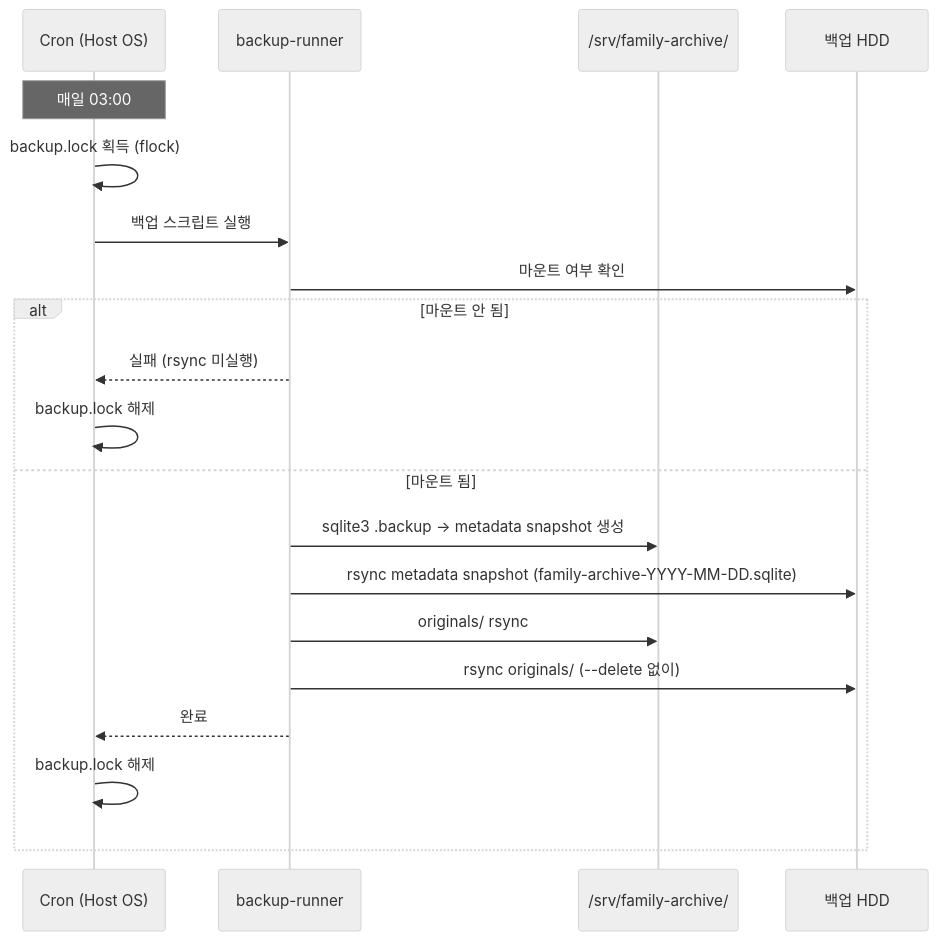
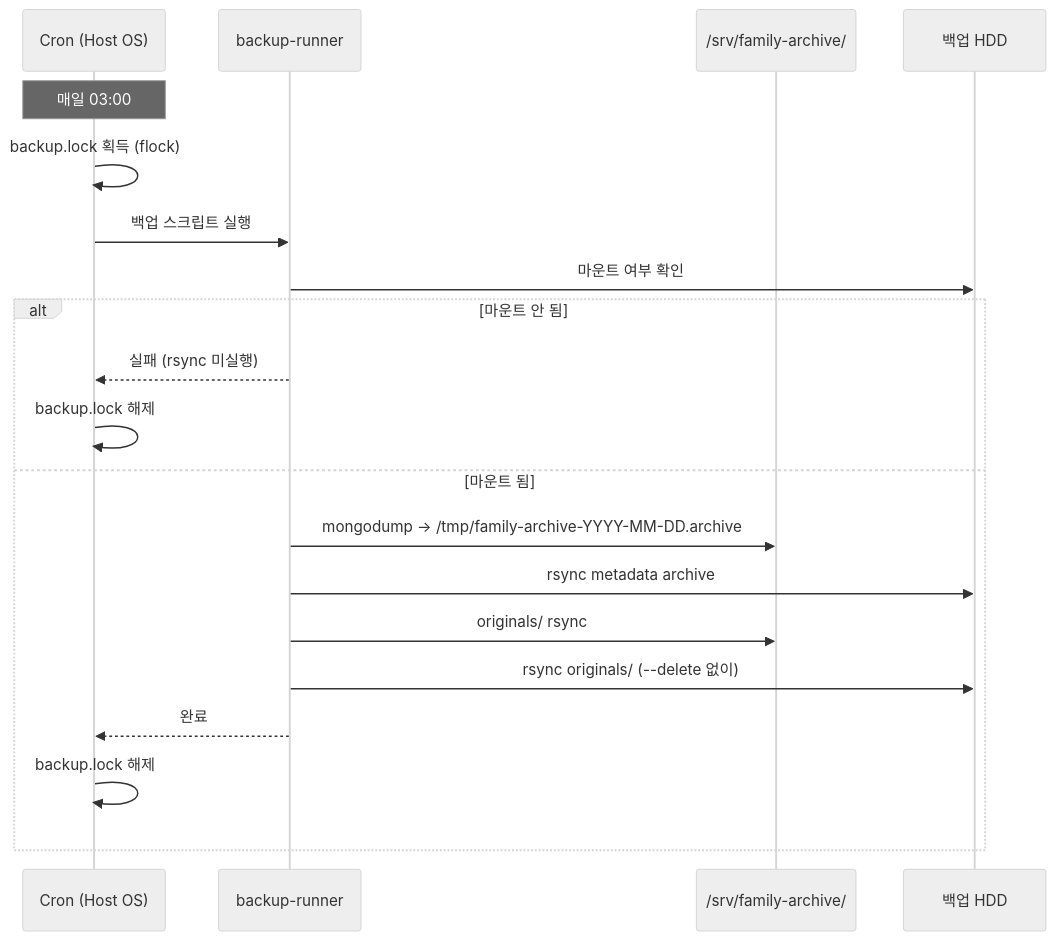
The sixth of 6 diagrams in docs/architecture/system/overview.md (kass1693/family-archive-appliance), drawn with Mermaid (neutral theme) before and after one commit. The commit also changed other lines of this file and 3 other files, not shown here.

````diff
--- a/docs/architecture/system/overview.md
+++ b/docs/architecture/system/overview.md
@@ -421,24 +420,24 @@
 ```mermaid
 sequenceDiagram
     participant cron as Cron (Host OS)
     participant backup as backup-runner
     participant fs as /srv/family-archive/
     participant hdd as 백업 HDD
 
     Note over cron: 매일 03:00
 
     cron->>cron: backup.lock 획득 (flock)
     cron->>backup: 백업 스크립트 실행
     backup->>hdd: 마운트 여부 확인
     alt 마운트 안 됨
         backup-->>cron: 실패 (rsync 미실행)
         cron->>cron: backup.lock 해제
     else 마운트 됨
-        backup->>fs: sqlite3 .backup → metadata snapshot 생성
-        backup->>hdd: rsync metadata snapshot (family-archive-YYYY-MM-DD.sqlite)
+        backup->>fs: mongodump → /tmp/family-archive-YYYY-MM-DD.archive
+        backup->>hdd: rsync metadata archive
         backup->>fs: originals/ rsync
         backup->>hdd: rsync originals/ (--delete 없이)
         backup-->>cron: 완료
         cron->>cron: backup.lock 해제
     end
 ```
````
